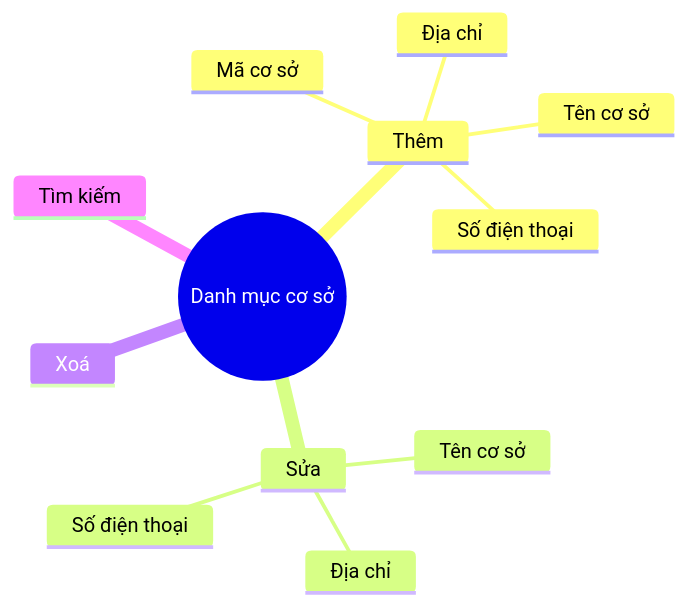
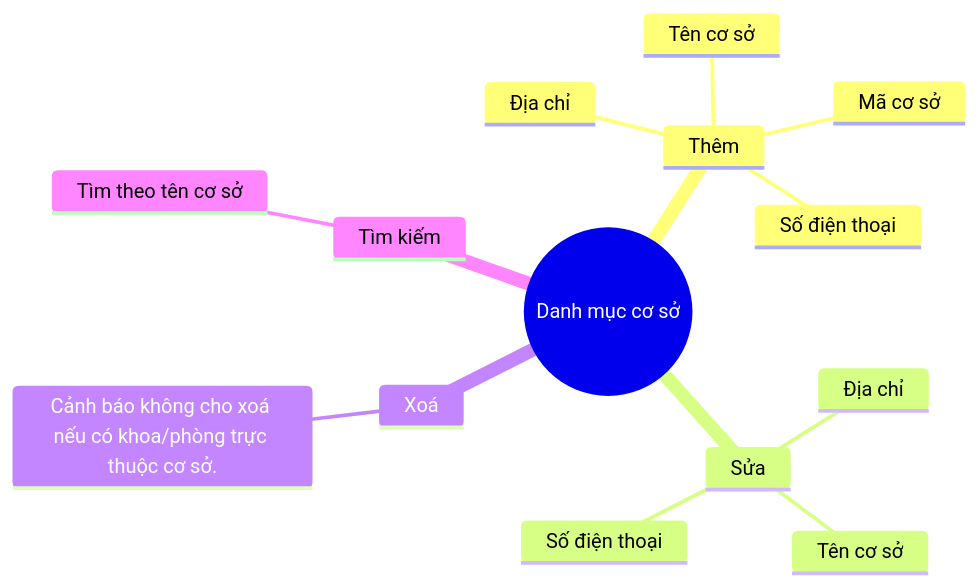
One commit to nthanhdo/mems-brainstorm changed the diagram in mindmap-Branch.md. Above: the diagram before and after it, drawn with Mermaid.

````diff
--- a/mindmap-Branch.md
+++ b/mindmap-Branch.md
@@ -1,17 +1,18 @@
 ```mermaid
 mindmap
   root((Danh mục cơ sở))
       Thêm
         Mã cơ sở
         Tên cơ sở
         Địa chỉ
         Số điện thoại
       Sửa
         Tên cơ sở
         Địa chỉ
         Số điện thoại
       Xoá
-        
+        Cảnh báo không cho xoá nếu có khoa/phòng trực thuộc cơ sở.
       Tìm kiếm
+        Tìm theo tên cơ sở
       
 ```
````
